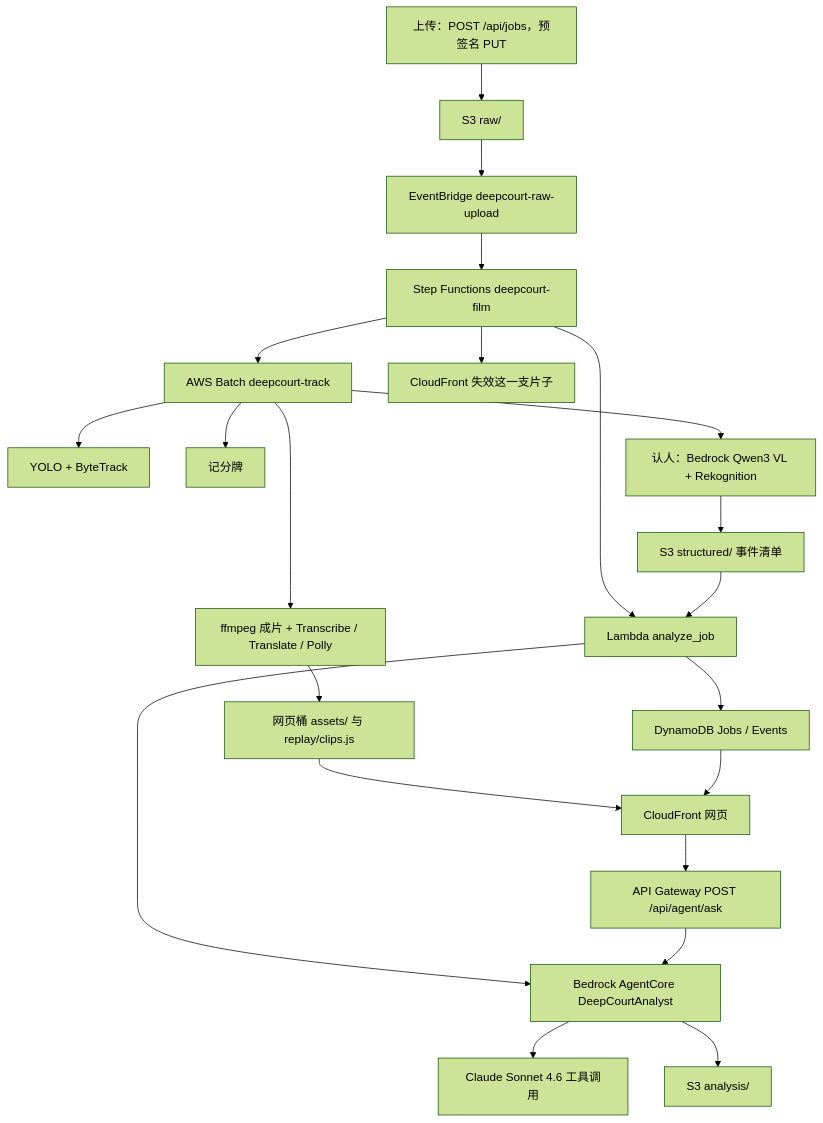
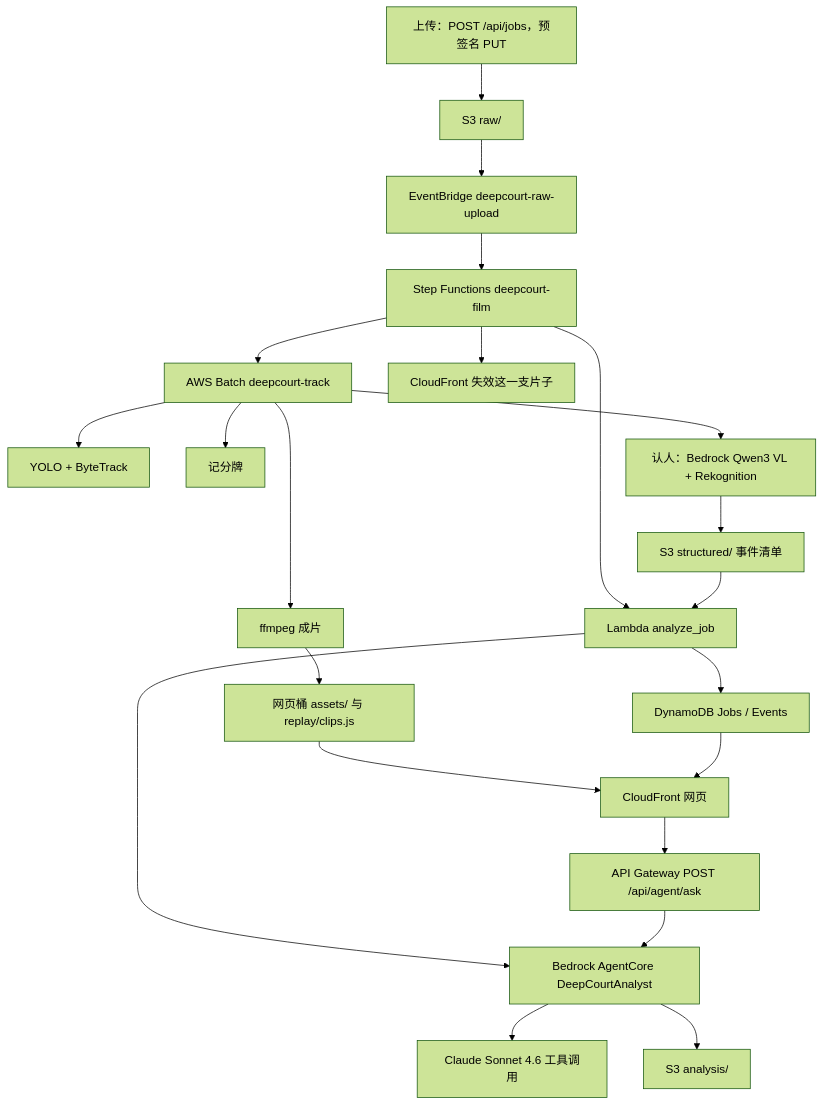
Before and after one commit to Max-lzp/Agent-NBA: the diagram in README.md, drawn with Mermaid (forest theme). The commit also changed other lines of this file and 1 other file, not shown here.

````diff
--- a/README.md
+++ b/README.md
@@ -68,24 +68,24 @@
 ```mermaid
 flowchart TB
   upload["上传：POST /api/jobs，预签名 PUT"] --> raw["S3 raw/"]
   raw --> eb["EventBridge deepcourt-raw-upload"]
   eb --> sfn["Step Functions deepcourt-film"]
   sfn --> batch["AWS Batch deepcourt-track"]
   batch --> track["YOLO + ByteTrack"]
   batch --> board["记分牌"]
   batch --> who["认人：Bedrock Qwen3 VL + Rekognition"]
-  batch --> film["ffmpeg 成片 + Transcribe / Translate / Polly"]
+  batch --> film["ffmpeg 成片"]
   who --> structured["S3 structured/ 事件清单"]
   film --> sitebucket["网页桶 assets/ 与 replay/clips.js"]
   sfn --> analyze["Lambda analyze_job"]
   structured --> analyze
   analyze --> runtime["Bedrock AgentCore DeepCourtAnalyst"]
   runtime --> claude["Claude Sonnet 4.6 工具调用"]
   runtime --> analysis["S3 analysis/"]
   analyze --> ddb["DynamoDB Jobs / Events"]
   sfn --> cf["CloudFront 失效这一支片子"]
   sitebucket --> page["CloudFront 网页"]
   ddb --> page
   page --> ask["API Gateway POST /api/agent/ask"]
   ask --> runtime
 ```
````
